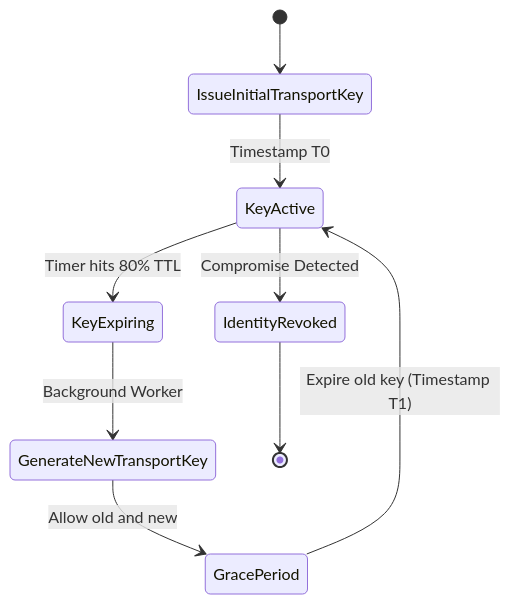
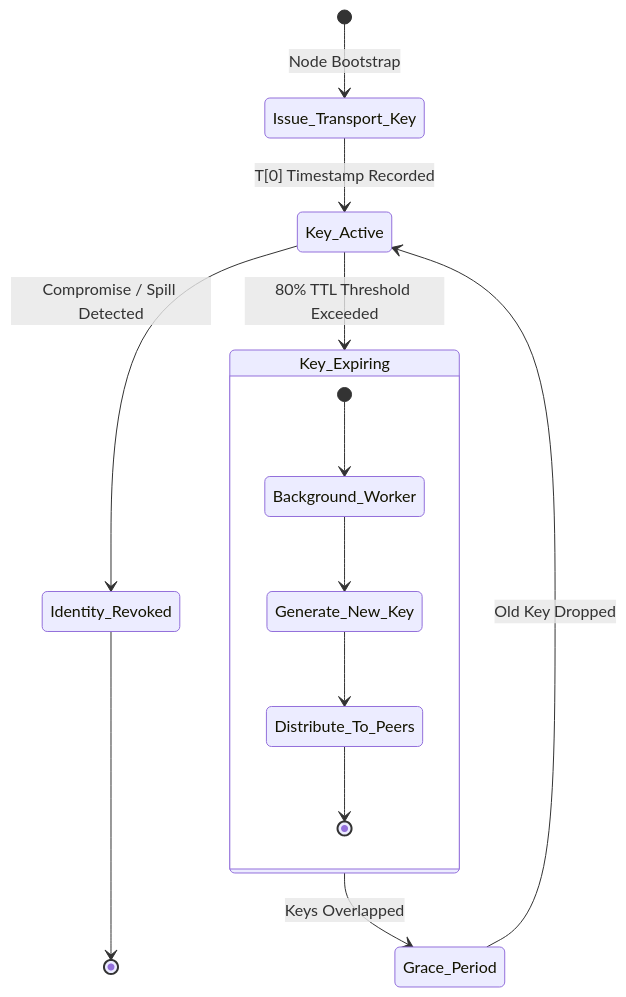
One commit to MrDecryptDecipher/Agent-Trust changed the fourth of 30 diagrams in README.md. Above: the diagram before and after it, drawn with Mermaid. The commit also changed other lines of this file, not shown here.

Commit message:
Fix rendering format for 30 Mermaid diagrams to strictly use basic edge and block formatting for complete compatiblity

````diff
--- a/README.md
+++ b/README.md
@@ -69,11 +97,18 @@
 ```mermaid
 stateDiagram-v2
-    [*] --> IssueInitialTransportKey
-    IssueInitialTransportKey --> KeyActive: Timestamp T0
-    KeyActive --> KeyExpiring: Timer hits 80% TTL
-    KeyExpiring --> GenerateNewTransportKey: Background Worker
-    GenerateNewTransportKey --> GracePeriod: Allow old and new
-    GracePeriod --> KeyActive: Expire old key (Timestamp T1)
-    KeyActive --> IdentityRevoked: Compromise Detected
-    IdentityRevoked --> [*]
+    [*] --> Issue_Transport_Key: Node Bootstrap
+    Issue_Transport_Key --> Key_Active: T[0] Timestamp Recorded
+    Key_Active --> Key_Expiring: 80% TTL Threshold Exceeded
+    
+    state Key_Expiring {
+        [*] --> Background_Worker
+        Background_Worker --> Generate_New_Key
+        Generate_New_Key --> Distribute_To_Peers
+        Distribute_To_Peers --> [*]
+    }
+    
+    Key_Expiring --> Grace_Period: Keys Overlapped
+    Grace_Period --> Key_Active: Old Key Dropped
+    Key_Active --> Identity_Revoked: Compromise / Spill Detected
+    Identity_Revoked --> [*]
 ```
````
